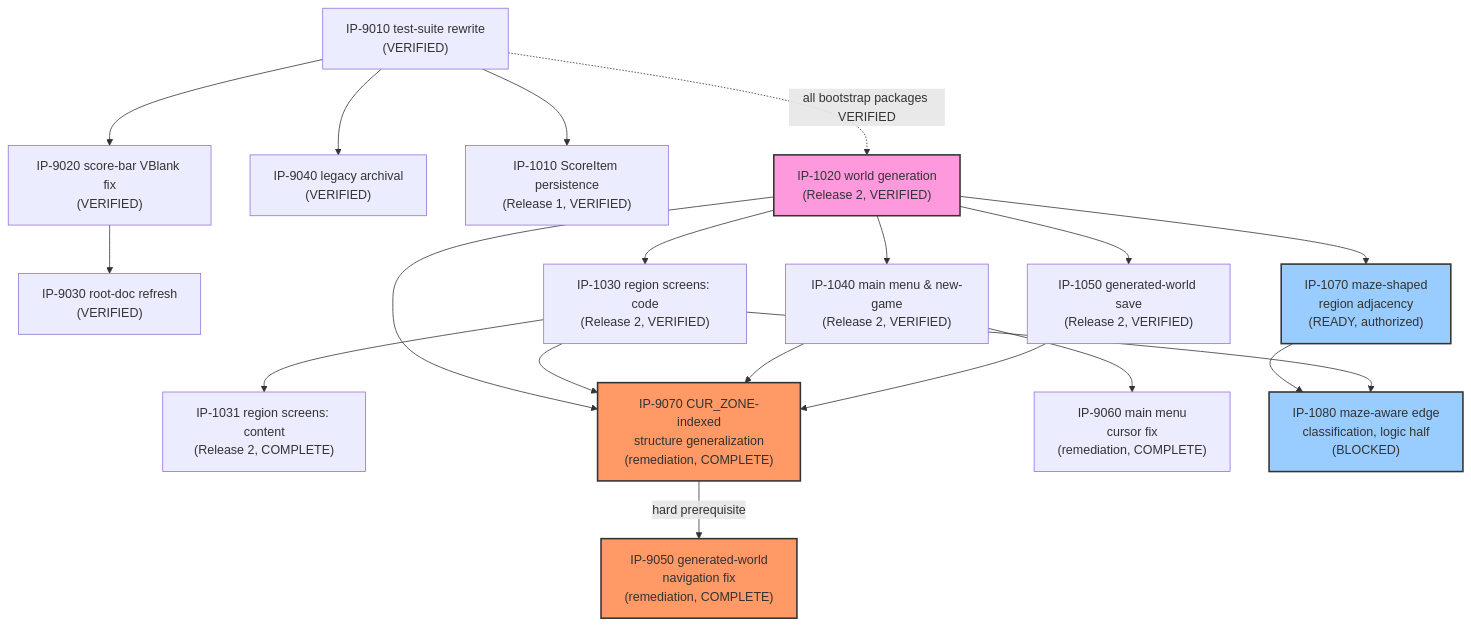
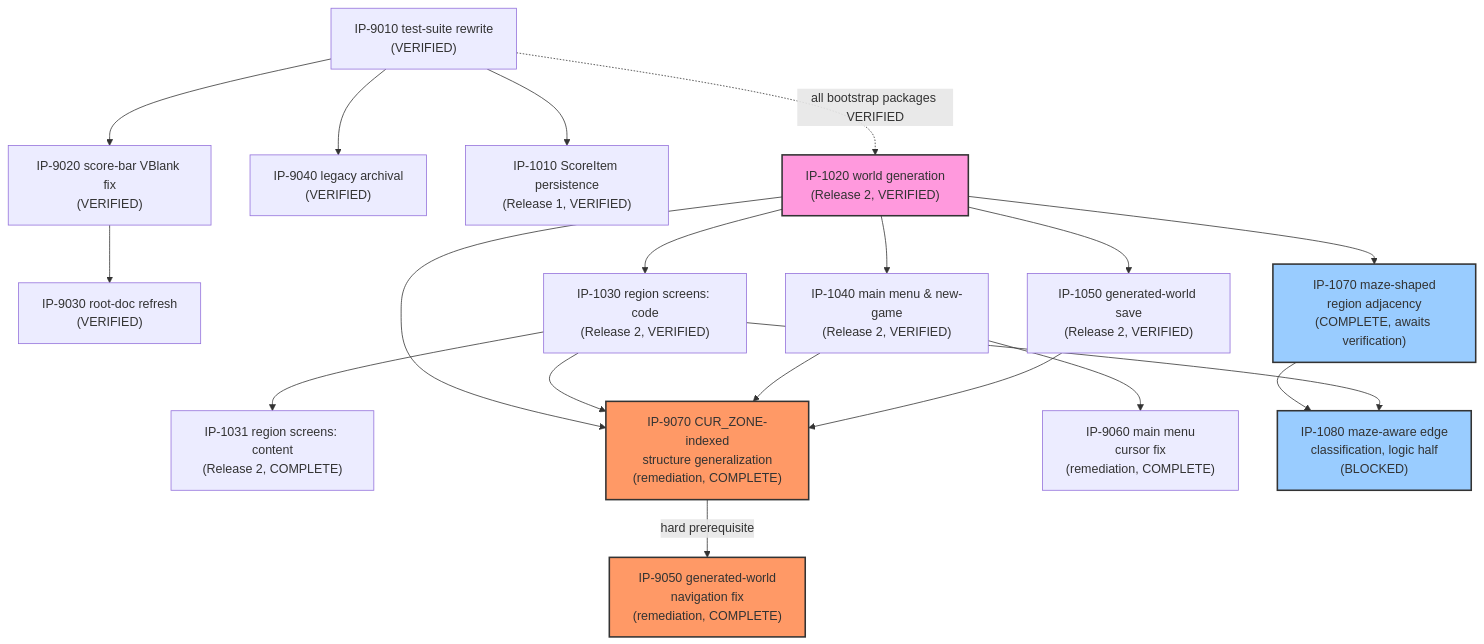
One commit to Zabin/RsGame changed the diagram in docs/implementation/00-master-build-plan.md. Above: the diagram before and after it, drawn with Mermaid. The commit also changed other lines of this file and 12 other files, not shown here.

````diff
--- a/docs/implementation/00-master-build-plan.md
+++ b/docs/implementation/00-master-build-plan.md
@@ -96,47 +101,47 @@
 ```mermaid
 graph TD
     IP9010["IP-9010 test-suite rewrite<br/>(VERIFIED)"]
     IP9020["IP-9020 score-bar VBlank fix<br/>(VERIFIED)"]
     IP9030["IP-9030 root-doc refresh<br/>(VERIFIED)"]
     IP9040["IP-9040 legacy archival<br/>(VERIFIED)"]
     IP1010["IP-1010 ScoreItem persistence<br/>(Release 1, VERIFIED)"]
     IP9010 --> IP9020
     IP9010 --> IP9040
     IP9010 --> IP1010
     IP9020 --> IP9030
 
     IP1020["IP-1020 world generation<br/>(Release 2, VERIFIED)"]
     IP1030["IP-1030 region screens: code<br/>(Release 2, VERIFIED)"]
     IP1031["IP-1031 region screens: content<br/>(Release 2, COMPLETE)"]
     IP1040["IP-1040 main menu & new-game<br/>(Release 2, VERIFIED)"]
     IP1050["IP-1050 generated-world save<br/>(Release 2, VERIFIED)"]
     IP9010 -.all bootstrap packages VERIFIED.-> IP1020
     IP1020 --> IP1030
     IP1030 --> IP1031
     IP1020 --> IP1040
     IP1020 --> IP1050
 
     style IP1020 fill:#f9d,stroke:#333,stroke-width:2px
 
     IP9070["IP-9070 CUR_ZONE-indexed<br/>structure generalization<br/>(remediation, COMPLETE)"]
     IP9050["IP-9050 generated-world<br/>navigation fix<br/>(remediation, COMPLETE)"]
     IP9060["IP-9060 main menu<br/>cursor fix<br/>(remediation, COMPLETE)"]
     IP1020 --> IP9070
     IP1030 --> IP9070
     IP1040 --> IP9070
     IP1050 --> IP9070
     IP9070 -->|hard prerequisite| IP9050
     IP1040 --> IP9060
 
     style IP9070 fill:#f96,stroke:#333,stroke-width:2px
     style IP9050 fill:#f96,stroke:#333,stroke-width:2px
 
-    IP1070["IP-1070 maze-shaped<br/>region adjacency<br/>(READY, authorized)"]
+    IP1070["IP-1070 maze-shaped<br/>region adjacency<br/>(COMPLETE, awaits verification)"]
     IP1080["IP-1080 maze-aware edge<br/>classification, logic half<br/>(BLOCKED)"]
     IP1020 --> IP1070
     IP1070 --> IP1080
     IP1030 --> IP1080
 
     style IP1070 fill:#9cf,stroke:#333,stroke-width:2px
     style IP1080 fill:#9cf,stroke:#333,stroke-width:2px
 ```
````
